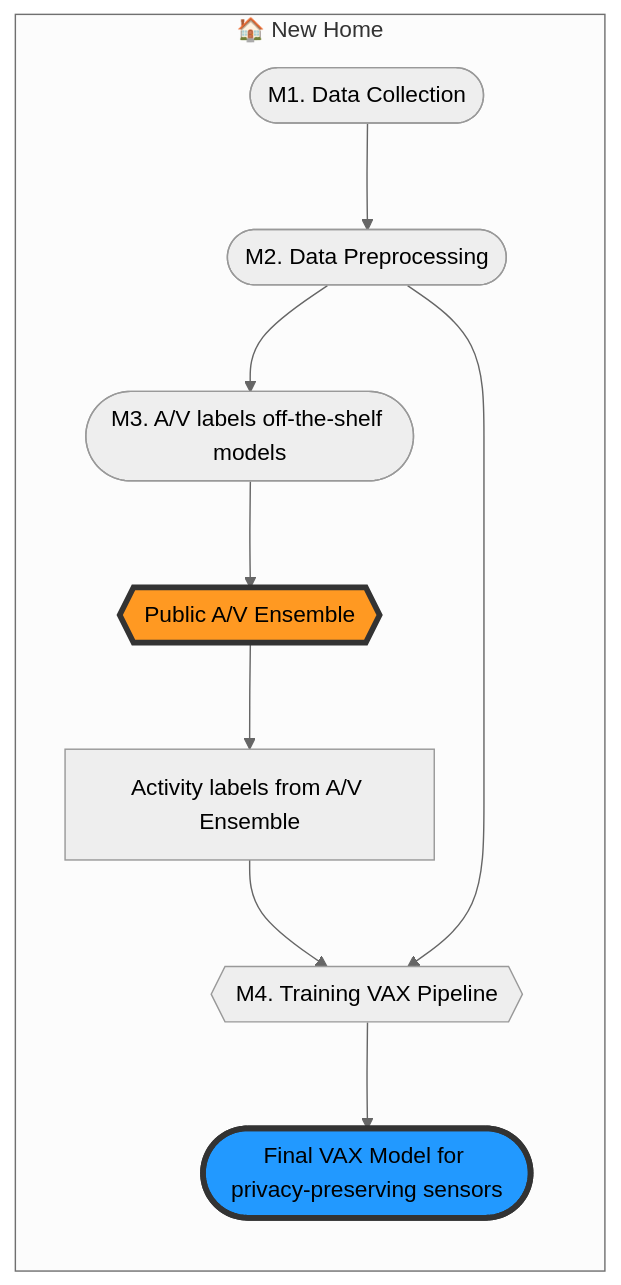
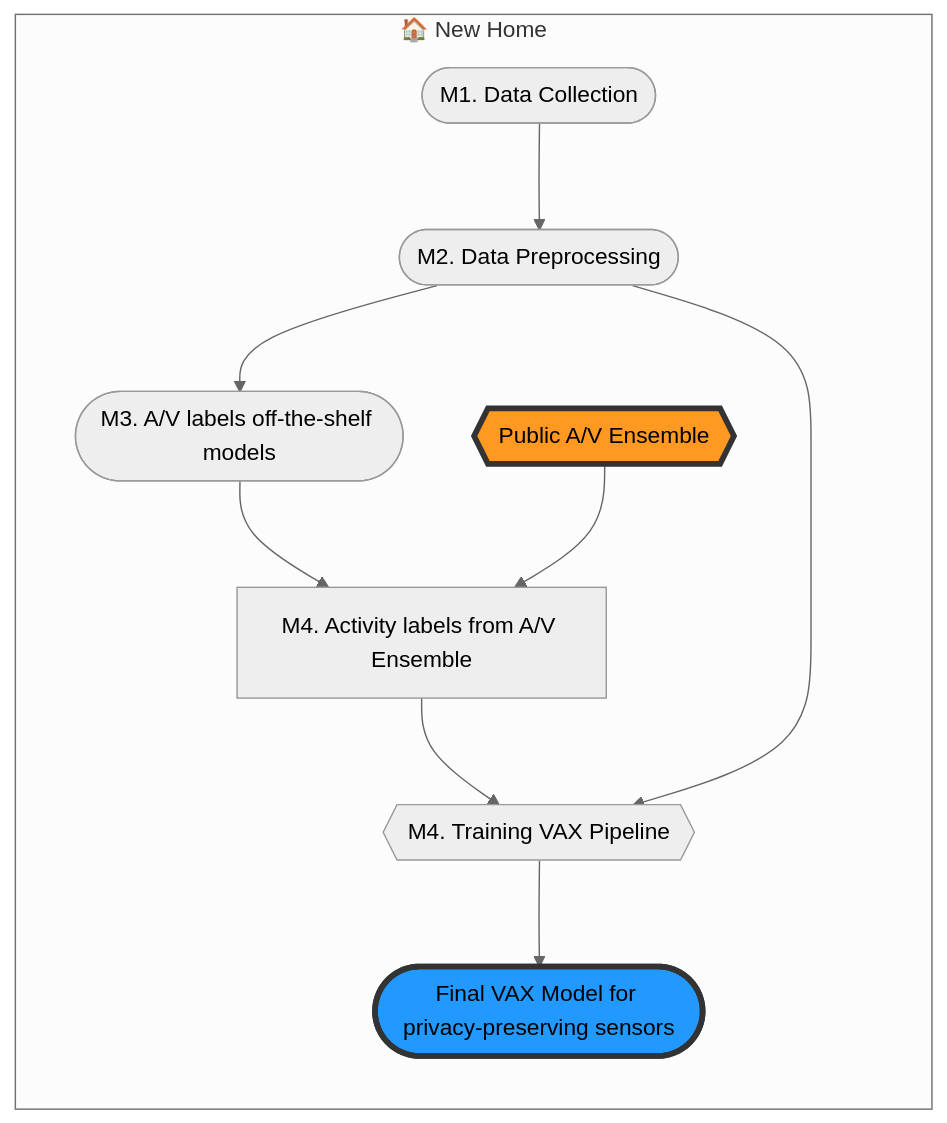
The second of 2 diagrams in README.md (synergylabs/vax), drawn with Mermaid (neutral theme) before and after one commit.

Commit message:
Outer readme styling updates

````diff
--- a/README.md
+++ b/README.md
@@ -96,20 +96,21 @@
 ```mermaid
 %%{init: {"flowchart": {"htmlLabels": false}} }%%
 flowchart LR
     Home(["M1. Data Collection"])
     AV(["M3. A/V labels off-the-shelf models"])
     DP(["M2. Data Preprocessing"])   
     finalensemble{{Public A/V Ensemble}}
     style finalensemble fill:#f92,stroke:#333,stroke-width:4px
     vaxav{{M4. Training VAX Pipeline}}
     vaxmodel([Final VAX Model for privacy-preserving sensors])
     style vaxmodel fill:#29f,stroke:#333,stroke-width:4px
-    activityfromav[Activity labels from A/V Ensemble]
+    activityfromav[M4. Activity labels from A/V Ensemble]
     subgraph "🏠 New Home"  
-      Home --> DP--> AV --> finalensemble --> activityfromav
+      Home --> DP--> AV --> activityfromav
+      finalensemble --> activityfromav
       activityfromav --> vaxav
       DP --> vaxav
       vaxav --> vaxmodel
     end
 
 ```
````
